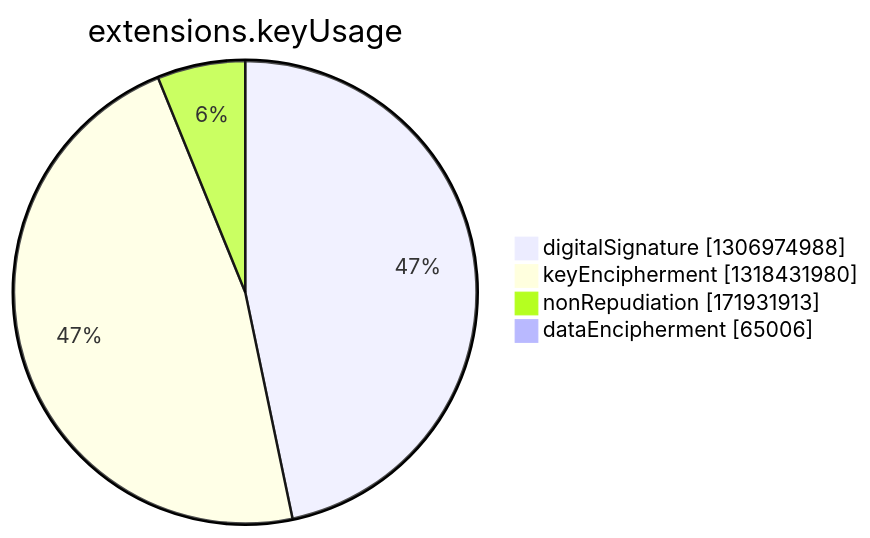
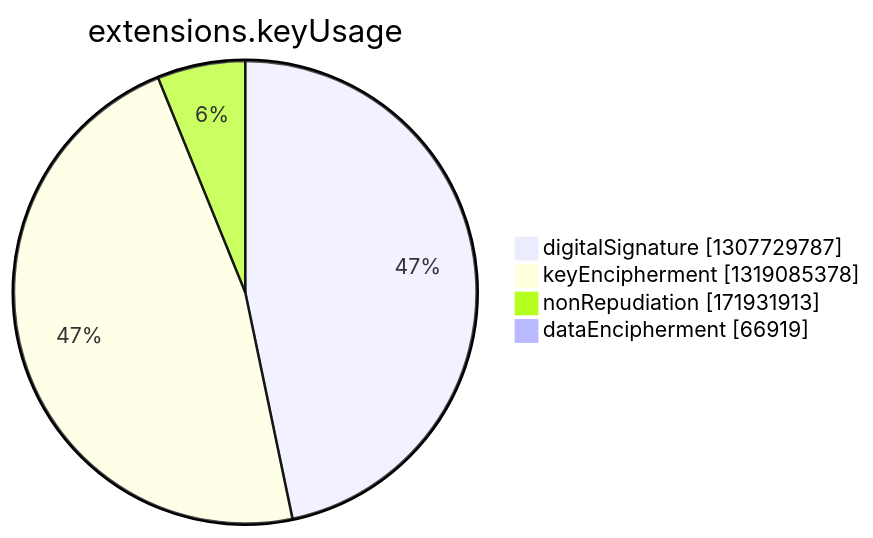
The seventh of 15 diagrams in argon2022/README.md (christiankrug/ctmonitor_visualization), drawn with Mermaid before and after one commit. The commit also changed other lines of this file, not shown here.

````diff
--- a/argon2022/README.md
+++ b/argon2022/README.md
@@ -2750,8 +2750,8 @@
 ```mermaid
 pie showData
 title extensions.keyUsage
-"digitalSignature" :1306974988
-"keyEncipherment" :1318431980
+"digitalSignature" :1307729787
+"keyEncipherment" :1319085378
 "nonRepudiation" :171931913
-"dataEncipherment" :65006
+"dataEncipherment" :66919
 ```
````
